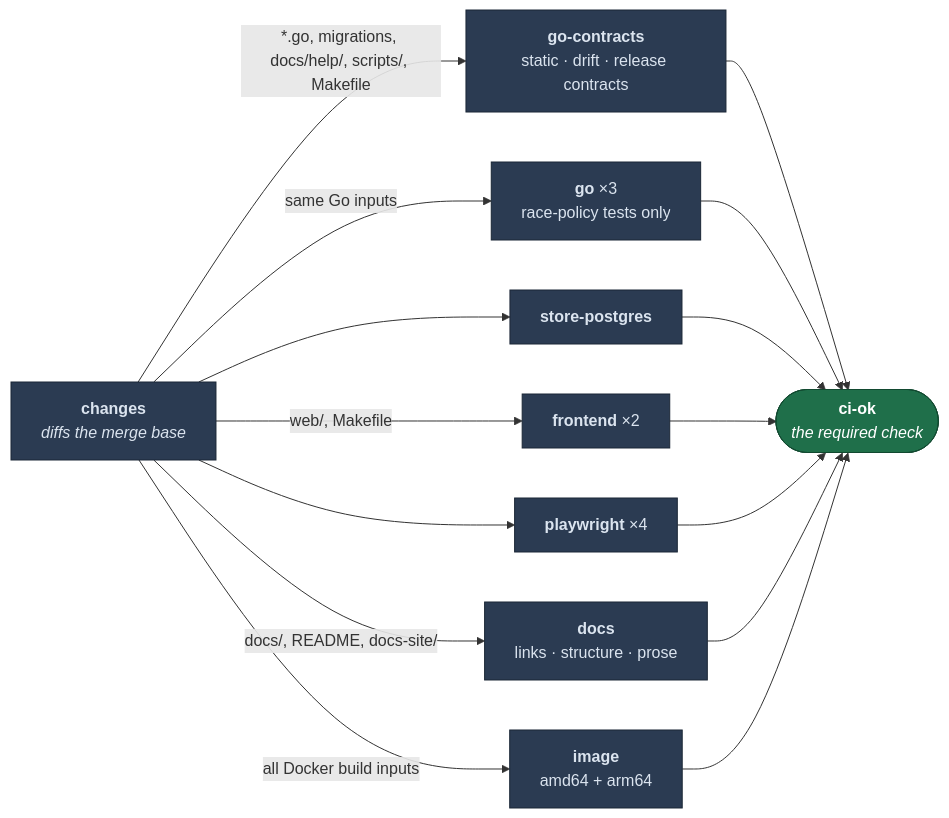
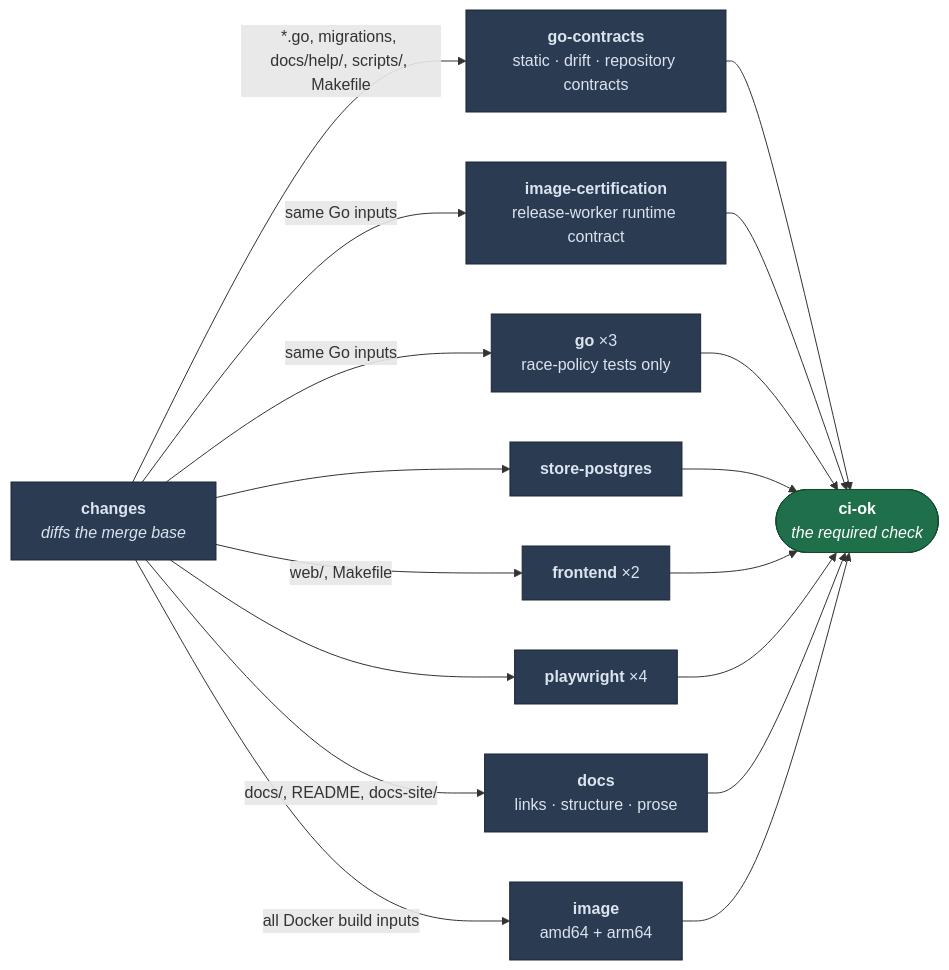
Before and after one commit to loomarr/loomarr: the diagram in docs/dev/ci.md, drawn with Mermaid. The commit also changed other lines of this file and 4 other files, not shown here.

Commit message:
ci: run image certification beside static contracts

````diff
--- a/docs/dev/ci.md
+++ b/docs/dev/ci.md
@@ -3,32 +3,35 @@
 ```mermaid
 graph LR
   C["<b>changes</b><br/><i>diffs the merge base</i>"]
-  GC["<b>go-contracts</b><br/>static · drift · release contracts"]
+  GC["<b>go-contracts</b><br/>static · drift · repository contracts"]
+  RC["<b>image-certification</b><br/>release-worker runtime contract"]
   G["<b>go</b> ×3<br/>race-policy tests only"]
   P["<b>store-postgres</b>"]
   F["<b>frontend</b> ×2"]
   W["<b>playwright</b> ×4"]
   D["<b>docs</b><br/>links · structure · prose"]
   I["<b>image</b><br/>amd64 + arm64"]
   OK(["<b>ci-ok</b><br/><i>the required check</i>"])
 
   C -->|"*.go, migrations, docs/help/, scripts/, Makefile"| GC
   C -->|"same Go inputs"| G
+  C -->|"same Go inputs"| RC
   C --> P
   C -->|"web/, Makefile"| F
   C --> W
   C -->|"docs/, README, docs-site/"| D
   C -->|"all Docker build inputs"| I
   GC --> OK
+  RC --> OK
   G --> OK
   P --> OK
   F --> OK
   W --> OK
   D --> OK
   I --> OK
 
   classDef gate fill:#1f6f4a,stroke:#134a31,color:#fff
   classDef job fill:#2b3b52,stroke:#1b2736,color:#dbe4ef
   class OK gate
-  class C,GC,G,P,F,W,D,I job
+  class C,GC,RC,G,P,F,W,D,I job
 ```
````
